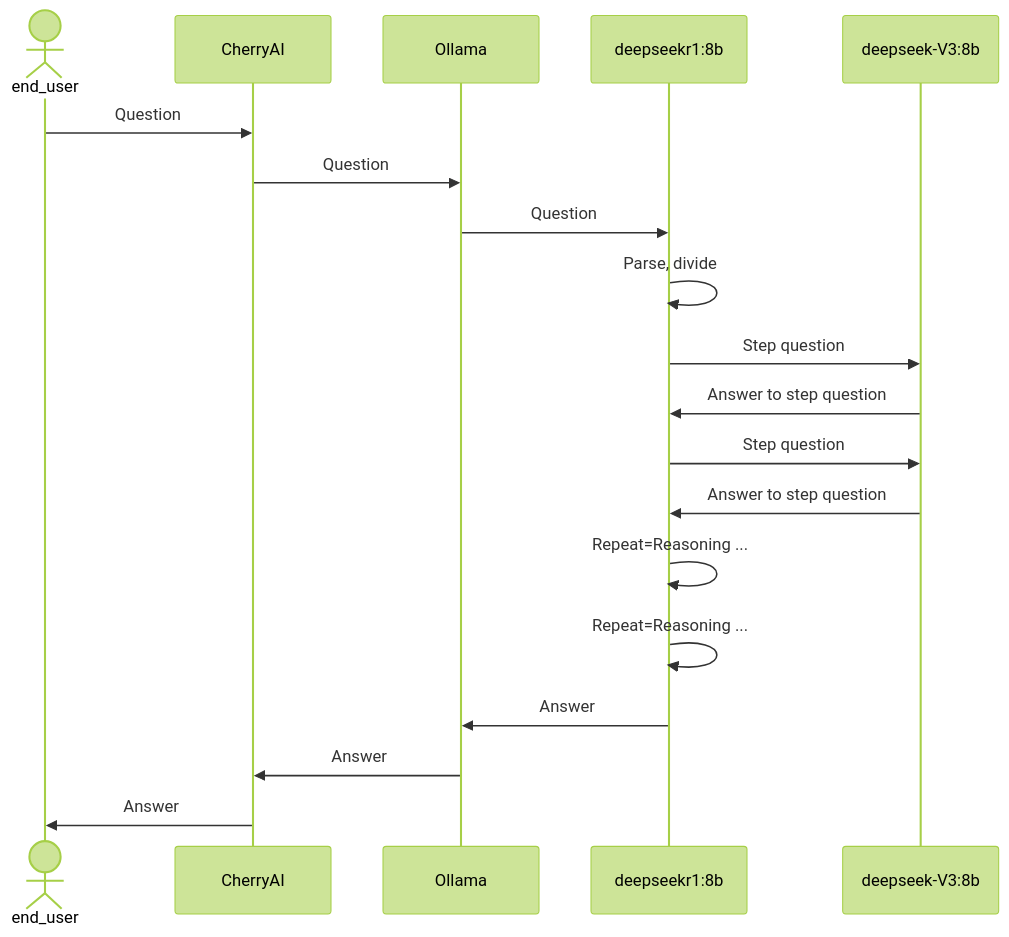
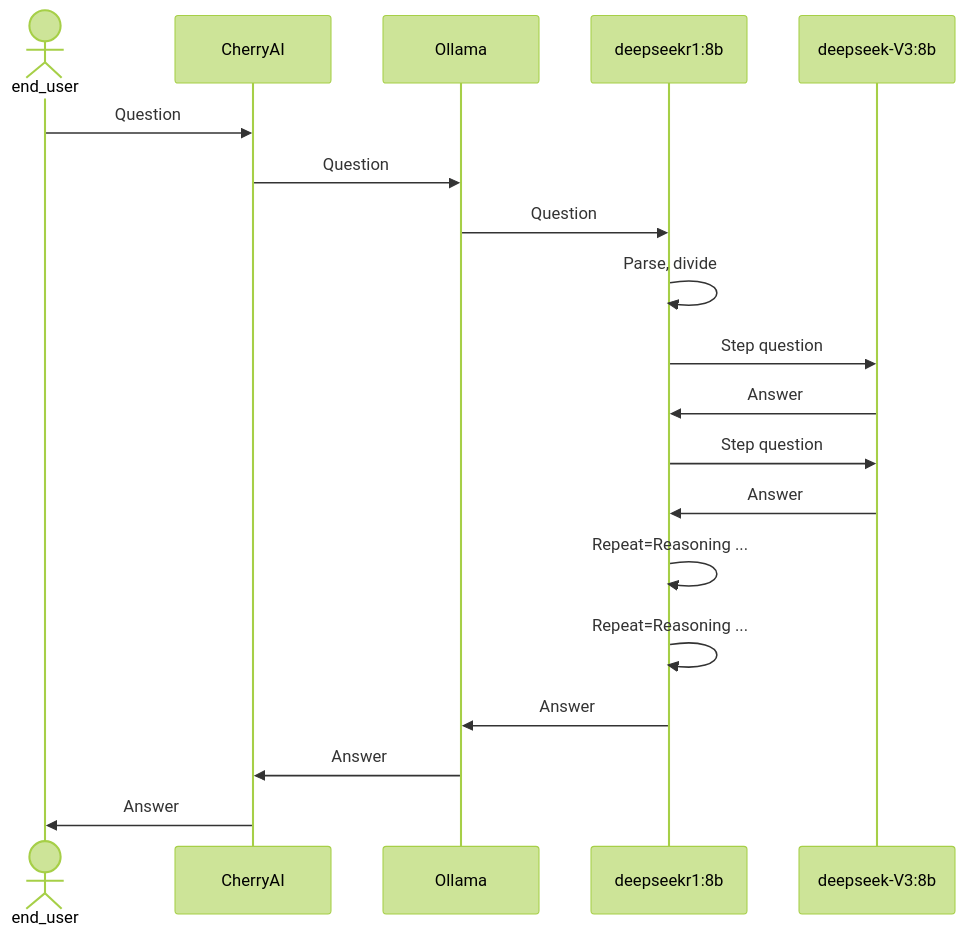
One commit to dj707chen/ChenNotes changed the diagram in Deepseek/runLocally.md. Above: the diagram before and after it, drawn with Mermaid (forest theme).

Commit message:
Formatted

````diff
--- a/Deepseek/runLocally.md
+++ b/Deepseek/runLocally.md
@@ -12,22 +12,22 @@
 ```mermaid
 sequenceDiagram
   actor USER as end_user
   participant UI as CherryAI
   participant SERVER as Ollama
   participant R1 as deepseekr1:8b
   participant LLM as deepseek-V3:8b
 
   USER->>UI: Question
   UI->>SERVER: Question
   SERVER->>R1: Question
   R1->>R1: Parse, divide
   R1->>LLM: Step question
-  LLM->>R1: Answer to step question
+  LLM->>R1: Answer
   R1->>LLM: Step question
-  LLM->>R1: Answer to step question
+  LLM->>R1: Answer
   R1->>R1: Repeat=Reasoning ...
   R1->>R1: Repeat=Reasoning ...
   R1->>SERVER: Answer
   SERVER->>UI: Answer
   UI->>USER: Answer
 ```
````
